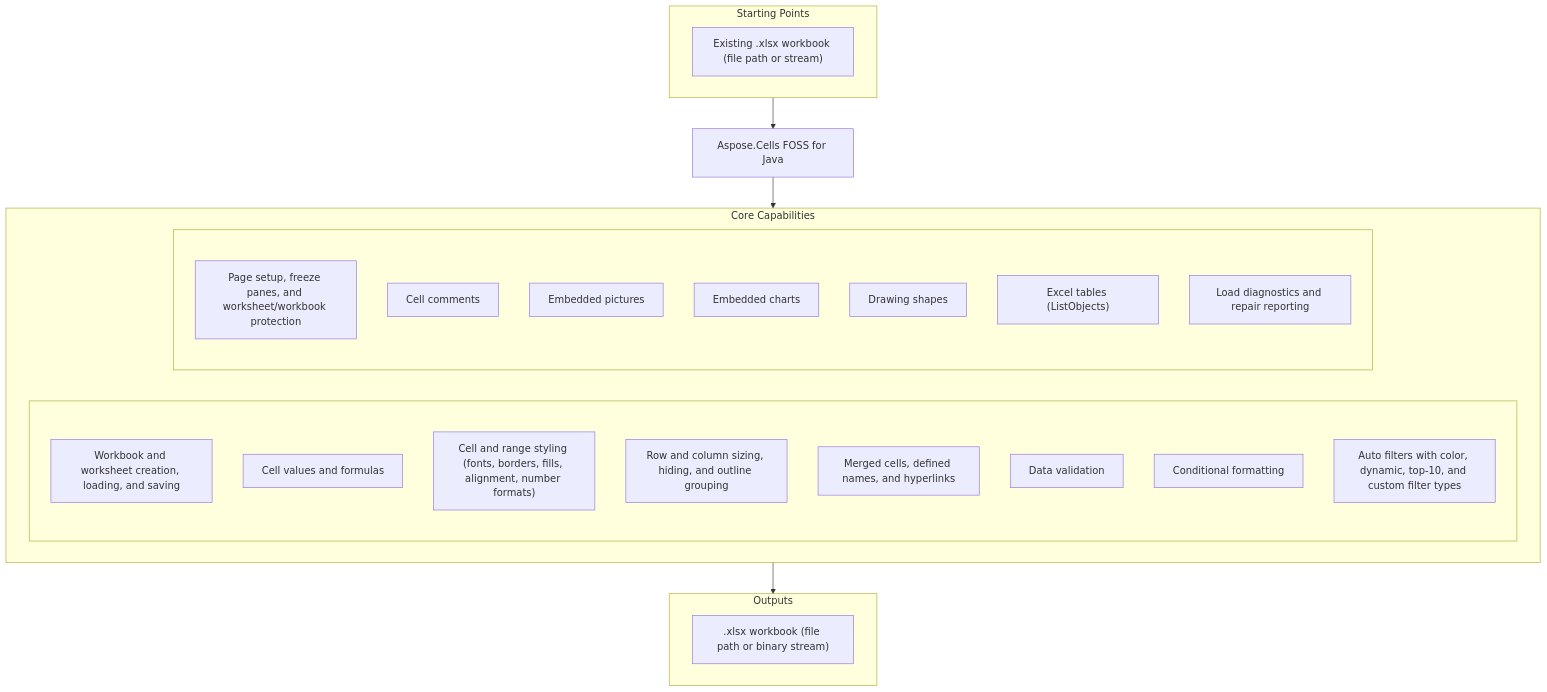
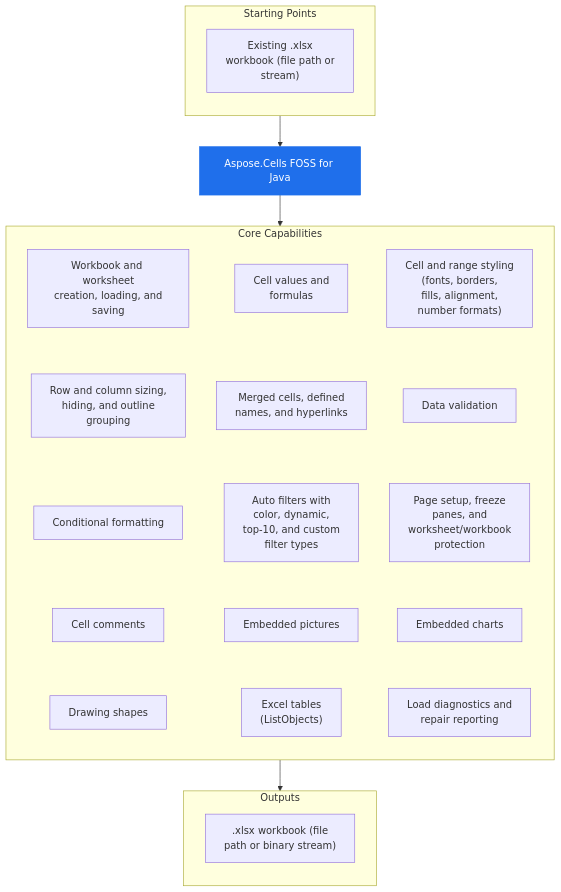
Before and after one commit to babar-raza/repo-presenter: the diagram in c65329e7257b1311abb9686d7e4957a8cc002955/README.md, drawn with Mermaid. The commit also changed 6 other files, not shown here.

````diff
--- a/c65329e7257b1311abb9686d7e4957a8cc002955/README.md
+++ b/c65329e7257b1311abb9686d7e4957a8cc002955/README.md
@@ -32,35 +32,45 @@
 ```mermaid
-flowchart TD
+flowchart TB
   subgraph StartingPoints["Starting Points"]
-    i1["Existing .xlsx workbook (file path or stream)"]
+    direction TB
+    i1["Existing .xlsx<br/>workbook (file path or<br/>stream)"]
   end
   PRODUCT["Aspose.Cells FOSS for Java"]
   subgraph Capabilities["Core Capabilities"]
-    direction LR
-    subgraph capl[" "]
-      direction TB
-      c1["Workbook and worksheet creation, loading, and saving"]
-      c2["Cell values and formulas"]
-      c3["Cell and range styling (fonts, borders, fills, alignment, number formats)"]
-      c4["Row and column sizing, hiding, and outline grouping"]
-      c5["Merged cells, defined names, and hyperlinks"]
-      c6["Data validation"]
-      c7["Conditional formatting"]
-      c8["Auto filters with color, dynamic, top-10, and custom filter types"]
-    end
-    subgraph capr[" "]
-      direction TB
-      c9["Page setup, freeze panes, and worksheet/workbook protection"]
-      c10["Cell comments"]
-      c11["Embedded pictures"]
-      c12["Embedded charts"]
-      c13["Drawing shapes"]
-      c14["Excel tables (ListObjects)"]
-      c15["Load diagnostics and repair reporting"]
-    end
+    direction TB
+    c1["Workbook and worksheet<br/>creation, loading, and<br/>saving"]
+    c2["Cell values and<br/>formulas"]
+    c3["Cell and range styling<br/>(fonts, borders,<br/>fills, alignment,<br/>number formats)"]
+    c4["Row and column sizing,<br/>hiding, and outline<br/>grouping"]
+    c5["Merged cells, defined<br/>names, and hyperlinks"]
+    c6["Data validation"]
+    c7["Conditional formatting"]
+    c8["Auto filters with<br/>color, dynamic,<br/>top-10, and custom<br/>filter types"]
+    c9["Page setup, freeze<br/>panes, and<br/>worksheet/workbook<br/>protection"]
+    c10["Cell comments"]
+    c11["Embedded pictures"]
+    c12["Embedded charts"]
+    c13["Drawing shapes"]
+    c14["Excel tables<br/>(ListObjects)"]
+    c15["Load diagnostics and<br/>repair reporting"]
+    c1 ~~~ c4
+    c2 ~~~ c5
+    c3 ~~~ c6
+    c4 ~~~ c7
+    c5 ~~~ c8
+    c6 ~~~ c9
+    c7 ~~~ c10
+    c8 ~~~ c11
+    c9 ~~~ c12
+    c10 ~~~ c13
+    c11 ~~~ c14
+    c12 ~~~ c15
   end
   subgraph Outputs["Outputs"]
-    o1[".xlsx workbook (file path or binary stream)"]
+    direction TB
+    o1[".xlsx workbook (file<br/>path or binary stream)"]
   end
   StartingPoints --> PRODUCT --> Capabilities --> Outputs
+  classDef product fill:#1f6feb,stroke:#1f6feb,color:#ffffff
+  class PRODUCT product
 ```
````
